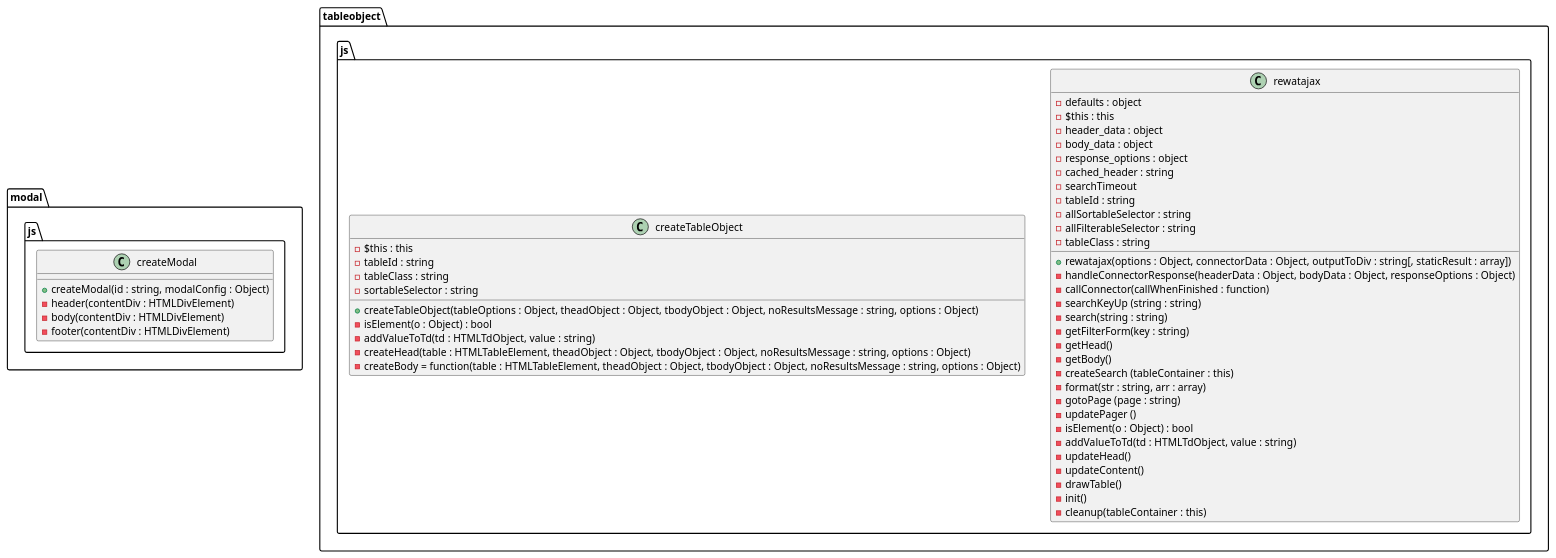
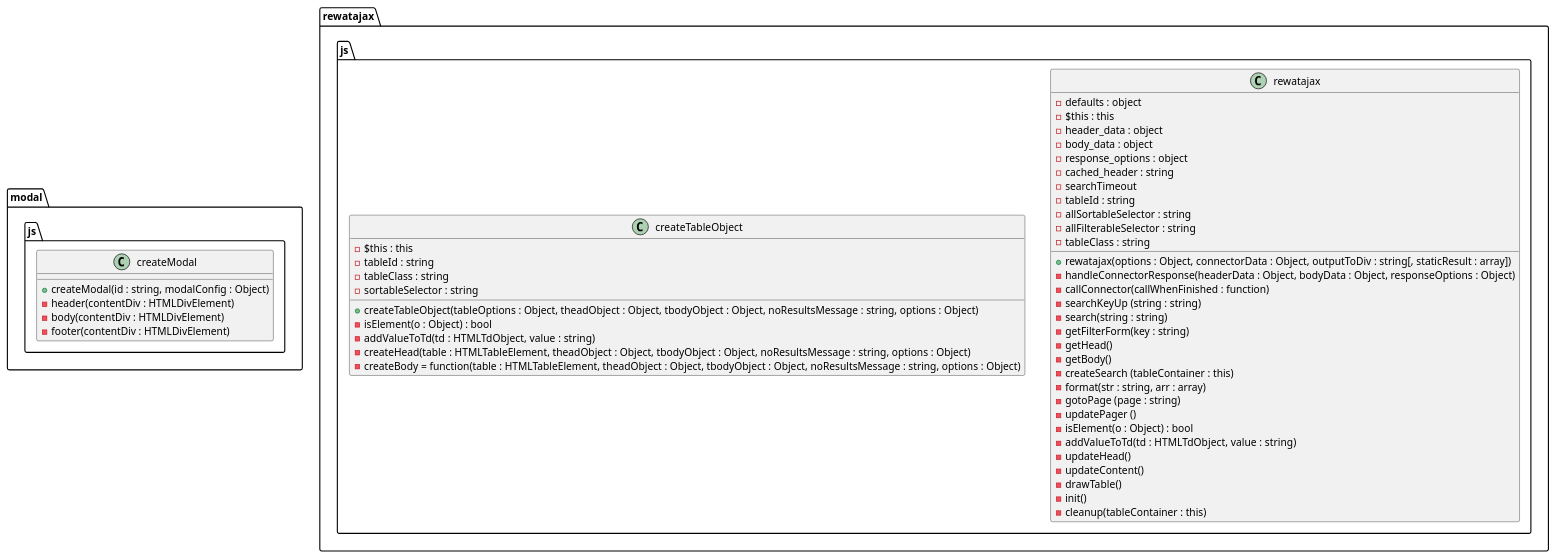
One commit to saitho/changebrowser changed the diagram in src/AppBundle/Documentation/javascript.puml. Above: the diagram before and after it, drawn with PlantUML. The commit also changed 3 other files, not shown here.

Commit message:
Task: Renamed tableobject.js to rewatajax.js

```diff
--- a/src/AppBundle/Documentation/javascript.puml
+++ b/src/AppBundle/Documentation/javascript.puml
@@ -1,60 +1,60 @@
 @startuml
 
 namespace modal.js {
     class createModal {
         + createModal(id : string, modalConfig : Object)
         - header(contentDiv : HTMLDivElement)
         - body(contentDiv : HTMLDivElement)
         - footer(contentDiv : HTMLDivElement)
     }
 }
 
-namespace tableobject.js {
+namespace rewatajax.js {
     class rewatajax {
         + rewatajax(options : Object, connectorData : Object, outputToDiv : string[, staticResult : array])
         - defaults : object
         - $this : this
         - header_data : object
         - body_data : object
         - response_options : object
         - cached_header : string
         - searchTimeout
         - tableId : string
         - allSortableSelector : string
         - allFilterableSelector : string
         - tableClass : string
         
         - handleConnectorResponse(headerData : Object, bodyData : Object, responseOptions : Object)
         - callConnector(callWhenFinished : function)
         - searchKeyUp (string : string)
         - search(string : string)
         - getFilterForm(key : string)
         - getHead()
         - getBody()
         - createSearch (tableContainer : this)
         - format(str : string, arr : array)
         - gotoPage (page : string)
         - updatePager ()
         - isElement(o : Object) : bool
         - addValueToTd(td : HTMLTdObject, value : string)
         - updateHead()
         - updateContent()
         - drawTable()
         - init()
         - cleanup(tableContainer : this)
     }
     class createTableObject {
         + createTableObject(tableOptions : Object, theadObject : Object, tbodyObject : Object, noResultsMessage : string, options : Object)
         - $this : this
         - tableId : string
         - tableClass : string
         - sortableSelector : string
         - isElement(o : Object) : bool
         - addValueToTd(td : HTMLTdObject, value : string)
         - createHead(table : HTMLTableElement, theadObject : Object, tbodyObject : Object, noResultsMessage : string, options : Object)
         - createBody = function(table : HTMLTableElement, theadObject : Object, tbodyObject : Object, noResultsMessage : string, options : Object)
     }
 }
 
 
 @enduml
```
